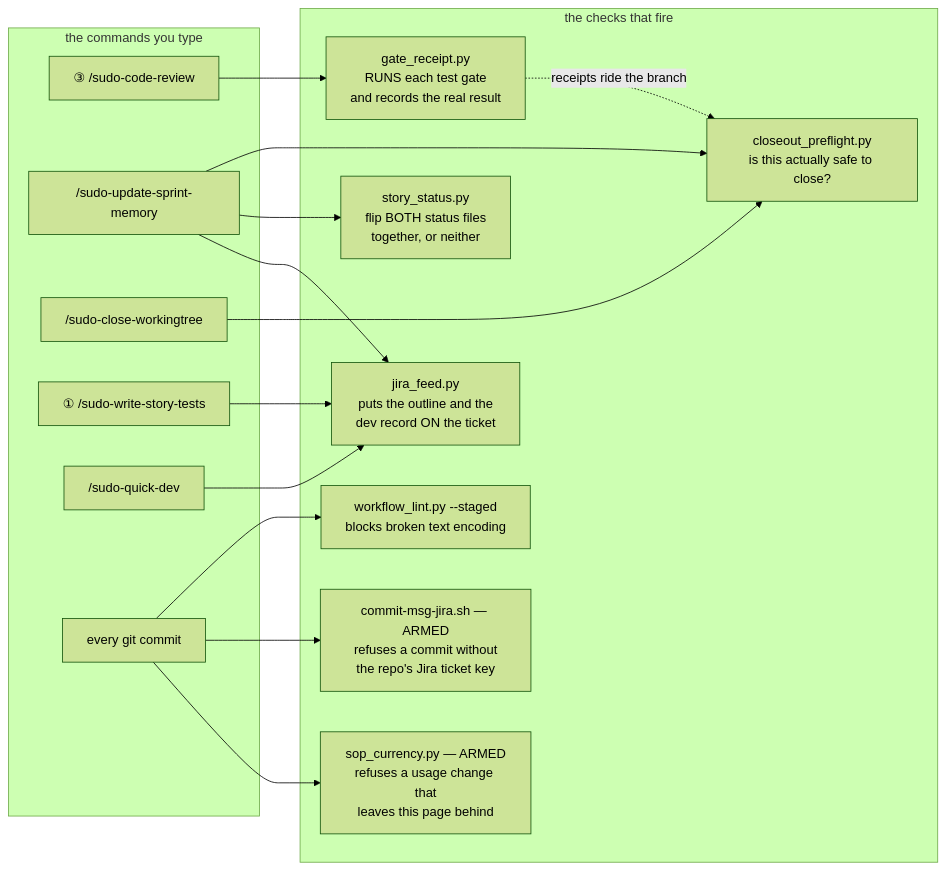
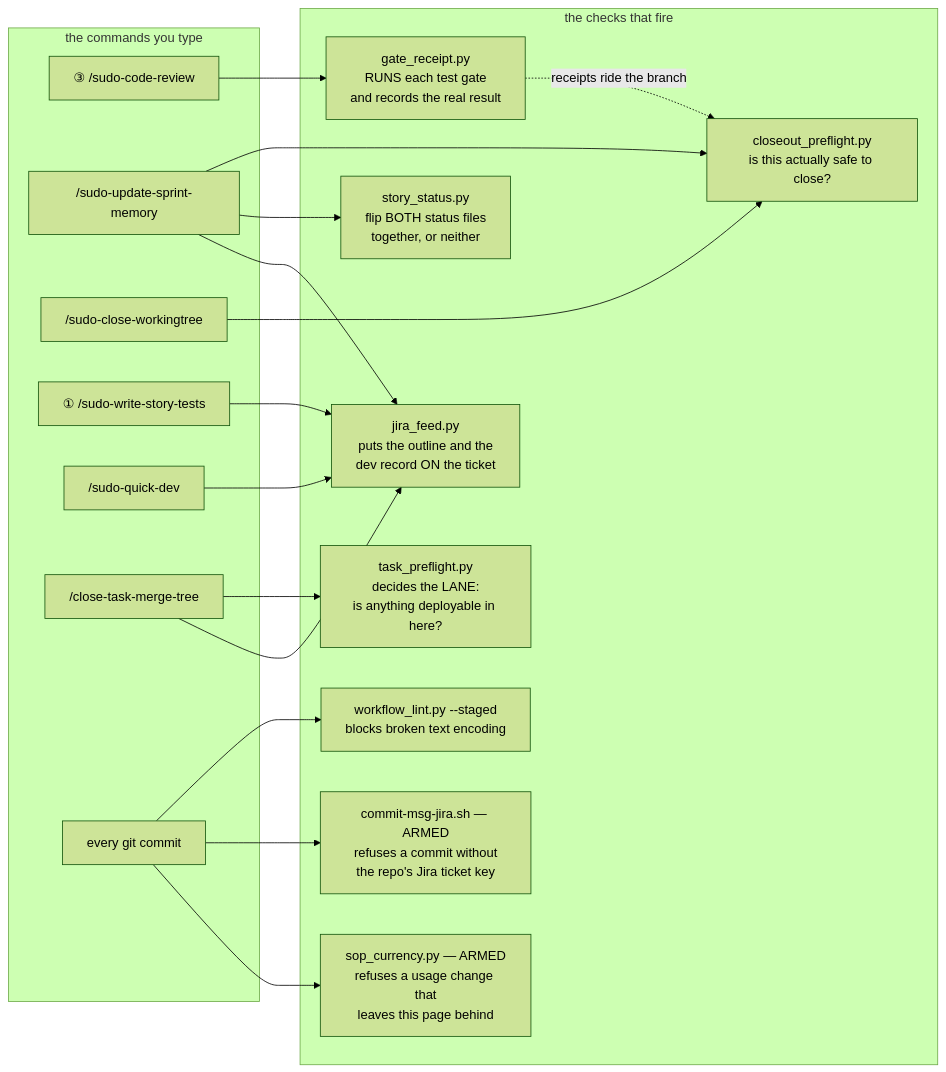
The third of 8 diagrams in _my_resources/_quick_reference/sudo_workflows_testing.md (sudomadhatter/Sudo_Hatter_Command), drawn with Mermaid (forest theme) before and after one commit. The commit also changed other lines of this file and 11 other files, not shown here.

First line of the commit message:
SCC-49 feat(task-lane): /close-task-merge-tree + task_preflight.py

````diff
--- a/_my_resources/_quick_reference/sudo_workflows_testing.md
+++ b/_my_resources/_quick_reference/sudo_workflows_testing.md
@@ -249,31 +251,35 @@
 ```mermaid
 flowchart LR
     subgraph CMD ["the commands you type"]
         R["③ /sudo-code-review"]
         M["/sudo-update-sprint-memory"]
         W["/sudo-close-workingtree"]
         S["① /sudo-write-story-tests"]
         Q["/sudo-quick-dev"]
+        T["/close-task-merge-tree"]
         G["every git commit"]
     end
     subgraph CHK ["the checks that fire"]
         GR["gate_receipt.py\nRUNS each test gate\nand records the real result"]
         CP["closeout_preflight.py\nis this actually safe to close?"]
         SS["story_status.py\nflip BOTH status files\ntogether, or neither"]
         WL["workflow_lint.py --staged\nblocks broken text encoding"]
         JH["commit-msg-jira.sh — ARMED\nrefuses a commit without\nthe repo's Jira ticket key"]
         SC["sop_currency.py — ARMED\nrefuses a usage change that\nleaves this page behind"]
         JF["jira_feed.py\nputs the outline and the\ndev record ON the ticket"]
+        TP["task_preflight.py\ndecides the LANE:\nis anything deployable in here?"]
     end
     R --> GR
     M --> CP
     M --> SS
     M --> JF
     S --> JF
     Q --> JF
+    T --> TP
+    T --> JF
     W --> CP
     G --> WL
     G --> JH
     G --> SC
     GR -.->|"receipts ride the branch"| CP
 ```
````
